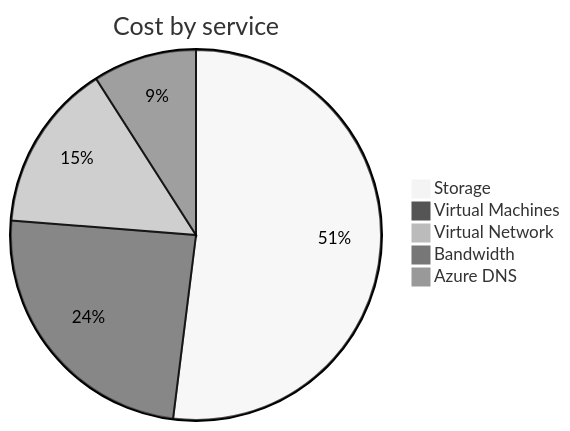
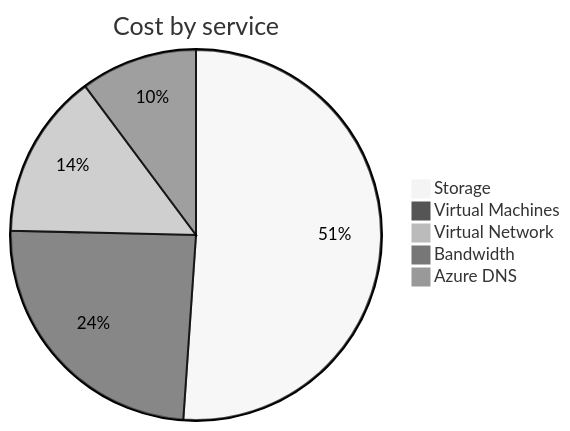
One commit to jpfulton/azure-personal-reports changed the second of 4 diagrams in cost-reports/personal-network/README.md. Above: the diagram before and after it, drawn with Mermaid (neutral theme). The commit also changed other lines of this file and 8 other files, not shown here.

````diff
--- a/cost-reports/personal-network/README.md
+++ b/cost-reports/personal-network/README.md
@@ -99,9 +99,9 @@
 ```mermaid
 pie
    title Cost by service
-   "Storage" : 24.57
-   "Virtual Machines" : 11.47
-   "Virtual Network" : 6.95
-   "Bandwidth" : 4.28
+   "Storage" : 24.97
+   "Virtual Machines" : 11.86
+   "Virtual Network" : 7.06
+   "Bandwidth" : 4.98
    "Azure DNS" : 0.47
 ```
````
